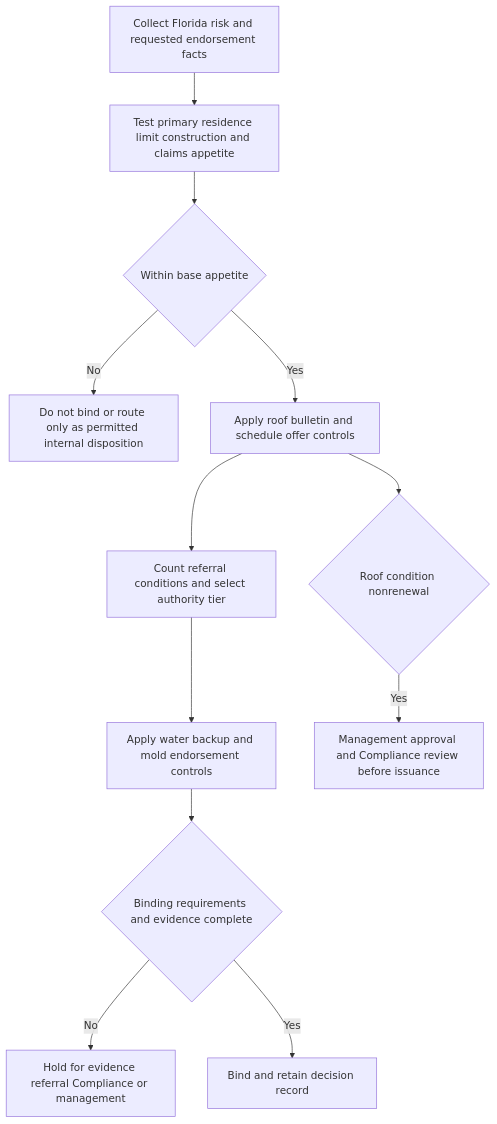
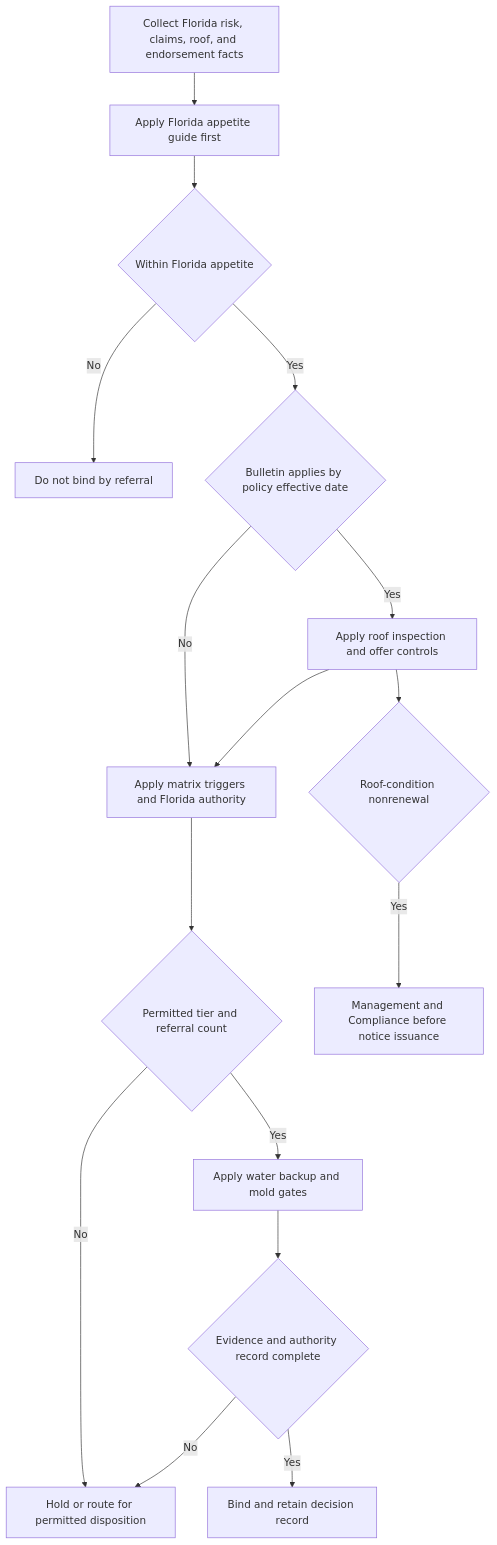
One commit to eugeneliu-86/openwiki-insurance-corpus changed the diagram in openwiki/underwriting/florida-appetite.md. Above: the diagram before and after it, drawn with Mermaid. The commit also changed other lines of this file and 41 other files, not shown here.

````diff
--- a/openwiki/underwriting/florida-appetite.md
+++ b/openwiki/underwriting/florida-appetite.md
@@ -65,14 +74,18 @@
 ```mermaid
 flowchart TD
-    Intake["Collect Florida risk and requested endorsement facts"] --> Base["Test primary residence limit construction and claims appetite"]
-    Base --> Eligible{"Within base appetite"}
-    Eligible -- No --> Stop["Do not bind or route only as permitted internal disposition"]
-    Eligible -- Yes --> Roof["Apply roof bulletin and schedule offer controls"]
-    Roof --> Authority["Count referral conditions and select authority tier"]
-    Authority --> Water["Apply water backup and mold endorsement controls"]
-    Water --> Issue{"Binding requirements and evidence complete"}
-    Issue -- No --> Hold["Hold for evidence referral Compliance or management"]
-    Issue -- Yes --> Bind["Bind and retain decision record"]
-    Roof --> Nonrenewal{"Roof condition nonrenewal"}
-    Nonrenewal -- Yes --> Compliance["Management approval and Compliance review before issuance"]
+    Intake["Collect Florida risk, claims, roof, and endorsement facts"] --> Base["Apply Florida appetite guide first"]
+    Base --> Eligible{"Within Florida appetite"}
+    Eligible -- No --> Stop["Do not bind by referral"]
+    Eligible -- Yes --> Bulletin{"Bulletin applies by policy effective date"}
+    Bulletin -- Yes --> Roof["Apply roof inspection and offer controls"]
+    Bulletin -- No --> Authority["Apply matrix triggers and Florida authority"]
+    Roof --> Authority
+    Authority --> Route{"Permitted tier and referral count"}
+    Route -- No --> Hold["Hold or route for permitted disposition"]
+    Route -- Yes --> Endorsements["Apply water backup and mold gates"]
+    Endorsements --> Complete{"Evidence and authority record complete"}
+    Complete -- No --> Hold
+    Complete -- Yes --> Bind["Bind and retain decision record"]
+    Roof --> Nonrenewal{"Roof-condition nonrenewal"}
+    Nonrenewal -- Yes --> Compliance["Management and Compliance before notice issuance"]
 ```
````
